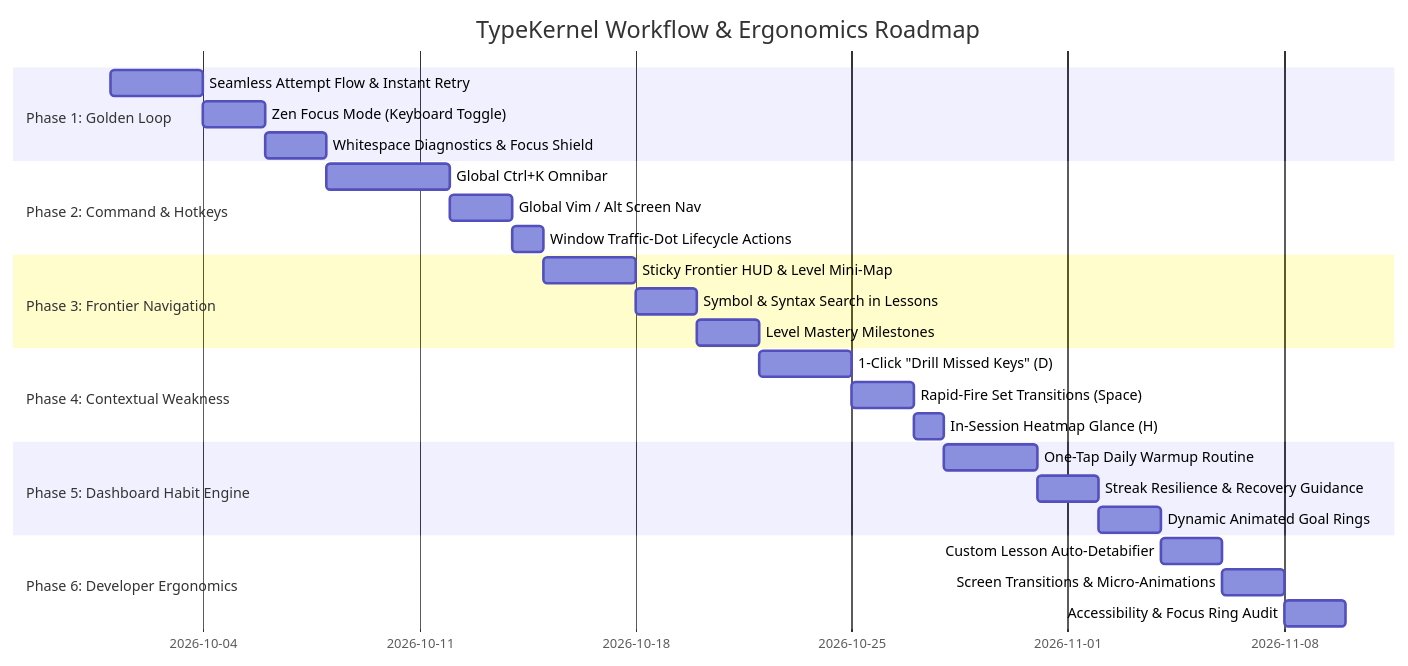
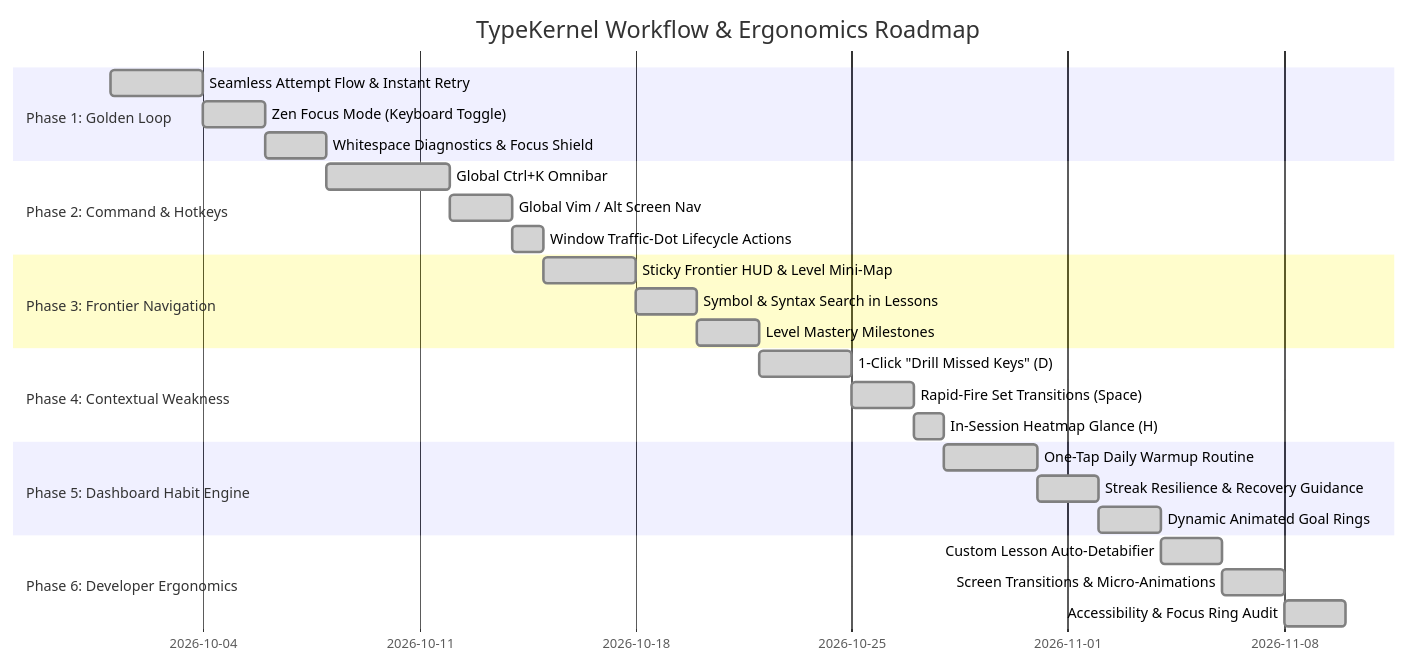
The second of 2 diagrams in plans/UX_PERFECTION_WORKFLOW_PLAN.md (Ahmed-ES-SH/typing-training), drawn with Mermaid before and after one commit. The commit also changed other lines of this file and 46 other files, not shown here.

````diff
--- a/plans/UX_PERFECTION_WORKFLOW_PLAN.md
+++ b/plans/UX_PERFECTION_WORKFLOW_PLAN.md
@@ -72,29 +72,29 @@
 ```mermaid
 gantt
     title TypeKernel Workflow & Ergonomics Roadmap
     dateFormat  YYYY-MM-DD
     section Phase 1: Golden Loop
-    Seamless Attempt Flow & Instant Retry  :p1_1, 2026-10-01, 3d
-    Zen Focus Mode (Keyboard Toggle)        :p1_2, after p1_1, 2d
-    Whitespace Diagnostics & Focus Shield   :p1_3, after p1_2, 2d
+    Seamless Attempt Flow & Instant Retry  :done, p1_1, 2026-10-01, 3d
+    Zen Focus Mode (Keyboard Toggle)        :done, p1_2, after p1_1, 2d
+    Whitespace Diagnostics & Focus Shield   :done, p1_3, after p1_2, 2d
     section Phase 2: Command & Hotkeys
-    Global Ctrl+K Omnibar                   :p2_1, after p1_3, 4d
-    Global Vim / Alt Screen Nav             :p2_2, after p2_1, 2d
-    Window Traffic-Dot Lifecycle Actions    :p2_3, after p2_2, 1d
+    Global Ctrl+K Omnibar                   :done, p2_1, after p1_3, 4d
+    Global Vim / Alt Screen Nav             :done, p2_2, after p2_1, 2d
+    Window Traffic-Dot Lifecycle Actions    :done, p2_3, after p2_2, 1d
     section Phase 3: Frontier Navigation
-    Sticky Frontier HUD & Level Mini-Map    :p3_1, after p2_3, 3d
-    Symbol & Syntax Search in Lessons       :p3_2, after p3_1, 2d
-    Level Mastery Milestones                :p3_3, after p3_2, 2d
+    Sticky Frontier HUD & Level Mini-Map    :done, p3_1, after p2_3, 3d
+    Symbol & Syntax Search in Lessons       :done, p3_2, after p3_1, 2d
+    Level Mastery Milestones                :done, p3_3, after p3_2, 2d
     section Phase 4: Contextual Weakness
-    1-Click "Drill Missed Keys" (D)         :p4_1, after p3_3, 3d
-    Rapid-Fire Set Transitions (Space)      :p4_2, after p4_1, 2d
-    In-Session Heatmap Glance (H)           :p4_3, after p4_2, 1d
+    1-Click "Drill Missed Keys" (D)         :done, p4_1, after p3_3, 3d
+    Rapid-Fire Set Transitions (Space)      :done, p4_2, after p4_1, 2d
+    In-Session Heatmap Glance (H)           :done, p4_3, after p4_2, 1d
     section Phase 5: Dashboard Habit Engine
-    One-Tap Daily Warmup Routine            :p5_1, after p4_3, 3d
-    Streak Resilience & Recovery Guidance   :p5_2, after p5_1, 2d
-    Dynamic Animated Goal Rings             :p5_3, after p5_2, 2d
+    One-Tap Daily Warmup Routine            :done, p5_1, after p4_3, 3d
+    Streak Resilience & Recovery Guidance   :done, p5_2, after p5_1, 2d
+    Dynamic Animated Goal Rings             :done, p5_3, after p5_2, 2d
     section Phase 6: Developer Ergonomics
-    Custom Lesson Auto-Detabifier           :p6_1, after p5_3, 2d
-    Screen Transitions & Micro-Animations   :p6_2, after p6_1, 2d
-    Accessibility & Focus Ring Audit        :p6_3, after p6_2, 2d
+    Custom Lesson Auto-Detabifier           :done, p6_1, after p5_3, 2d
+    Screen Transitions & Micro-Animations   :done, p6_2, after p6_1, 2d
+    Accessibility & Focus Ring Audit        :done, p6_3, after p6_2, 2d
 ```
````
